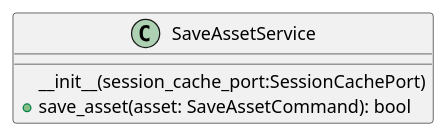
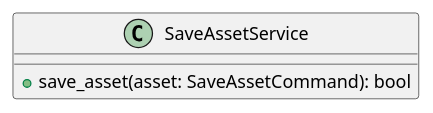
The diagram in src/PB/DocumentazioneEsterna/Specifica_Tecnica/content/uml/puml/Diagrammi_classi/Backend/ApplicationServices/SaveAssetService.puml (GroupRubberDuck/Documentazione), drawn with PlantUML before and after one commit. The commit also changed 5 other files, not shown here.

```diff
--- a/src/PB/DocumentazioneEsterna/Specifica_Tecnica/content/uml/puml/Diagrammi_classi/Backend/ApplicationServices/SaveAssetService.puml
+++ b/src/PB/DocumentazioneEsterna/Specifica_Tecnica/content/uml/puml/Diagrammi_classi/Backend/ApplicationServices/SaveAssetService.puml
@@ -1,8 +1,7 @@
 @startuml SaveAssetService
 
 class SaveAssetService {
-    __init__(session_cache_port:SessionCachePort)
     + save_asset(asset: SaveAssetCommand): bool
 }
 
 @enduml
```
